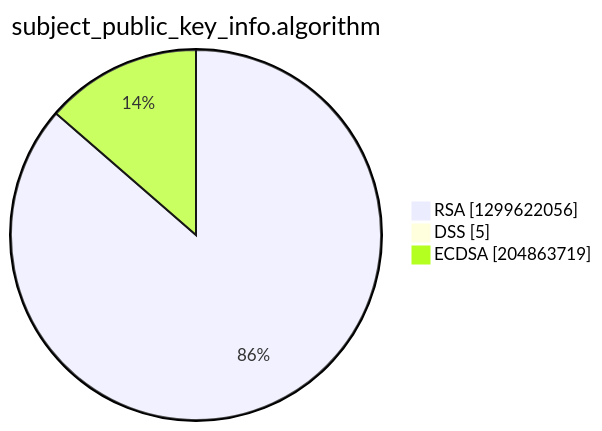
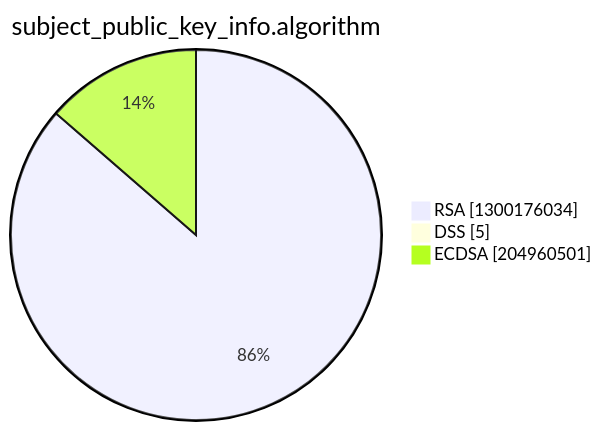
Before and after one commit to christiankrug/ctmonitor_visualization: the third of 15 diagrams in argon2022/README.md, drawn with Mermaid. The commit also changed other lines of this file, not shown here.

````diff
--- a/argon2022/README.md
+++ b/argon2022/README.md
@@ -14,7 +14,7 @@
 ```mermaid
 pie showData
 title subject_public_key_info.algorithm
-"RSA" :1299622056
+"RSA" :1300176034
 "DSS" :5
-"ECDSA" :204863719
+"ECDSA" :204960501
 ```
````
